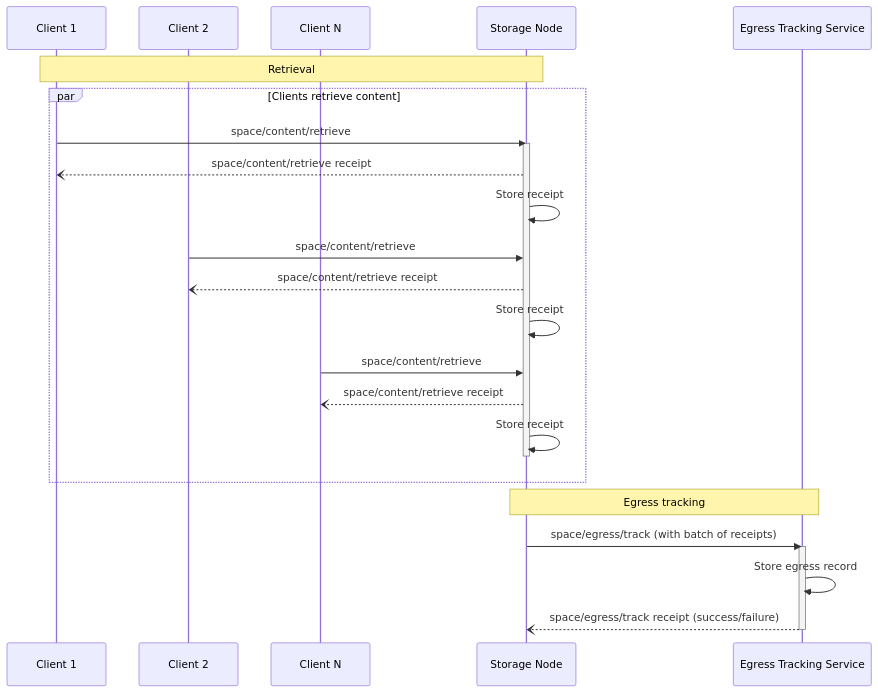
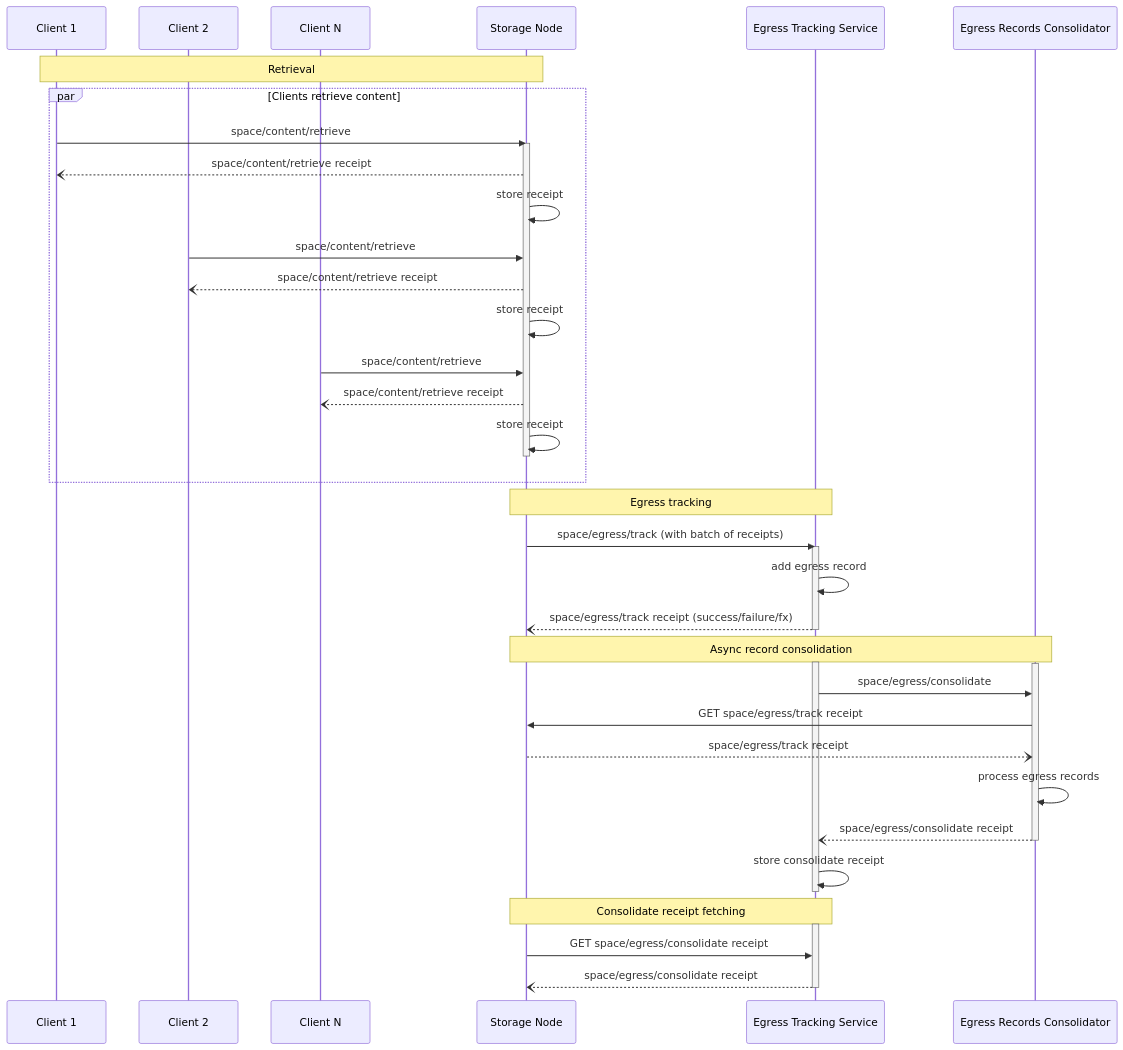
Before and after one commit to storacha/specs: the diagram in w3-egress-tracking.md, drawn with Mermaid. The commit also changed other lines of this file, not shown here.

Commit message:
add consolidate async task and consolidator service

````diff
--- a/w3-egress-tracking.md
+++ b/w3-egress-tracking.md
@@ -25,31 +25,50 @@
 ```mermaid
 sequenceDiagram
     participant Client1 as Client 1
     participant Client2 as Client 2
     participant ClientN as Client N
     participant StorageNode as Storage Node
     participant EgressService as Egress Tracking Service
+    participant Consolidator as Egress Records Consolidator
     
     Note over Client1,StorageNode: Retrieval
     par Clients retrieve content
         Client1->>StorageNode: space/content/retrieve
         activate StorageNode
         StorageNode--)Client1: space/content/retrieve receipt
-        StorageNode->>StorageNode: Store receipt
+        StorageNode->>StorageNode: store receipt
         Client2->>StorageNode: space/content/retrieve
         StorageNode--)Client2: space/content/retrieve receipt
-        StorageNode->>StorageNode: Store receipt
+        StorageNode->>StorageNode: store receipt
         ClientN->>StorageNode: space/content/retrieve
         StorageNode--)ClientN: space/content/retrieve receipt
-        StorageNode->>StorageNode: Store receipt
+        StorageNode->>StorageNode: store receipt
         deactivate StorageNode
     end
     
     Note over StorageNode,EgressService: Egress tracking
     StorageNode->>EgressService: space/egress/track (with batch of receipts)
     activate EgressService
     
-    EgressService->>EgressService: Store egress record
-    EgressService--)StorageNode: space/egress/track receipt (success/failure)
+    EgressService->>EgressService: add egress record
+    EgressService--)StorageNode: space/egress/track receipt (success/failure/fx)
+    deactivate EgressService
+
+    Note over StorageNode,Consolidator: Async record consolidation
+    activate EgressService
+    activate Consolidator
+    EgressService->>Consolidator: space/egress/consolidate
+    Consolidator->>StorageNode: GET space/egress/track receipt
+    StorageNode--)Consolidator: space/egress/track receipt
+    Consolidator->>Consolidator: process egress records
+    Consolidator--)EgressService: space/egress/consolidate receipt
+    deactivate Consolidator
+    EgressService->>EgressService: store consolidate receipt
+    deactivate EgressService
+
+    Note over StorageNode,EgressService: Consolidate receipt fetching
+    activate EgressService
+    StorageNode->>EgressService: GET space/egress/consolidate receipt
+    EgressService--)StorageNode: space/egress/consolidate receipt
     deactivate EgressService
 ```
````
